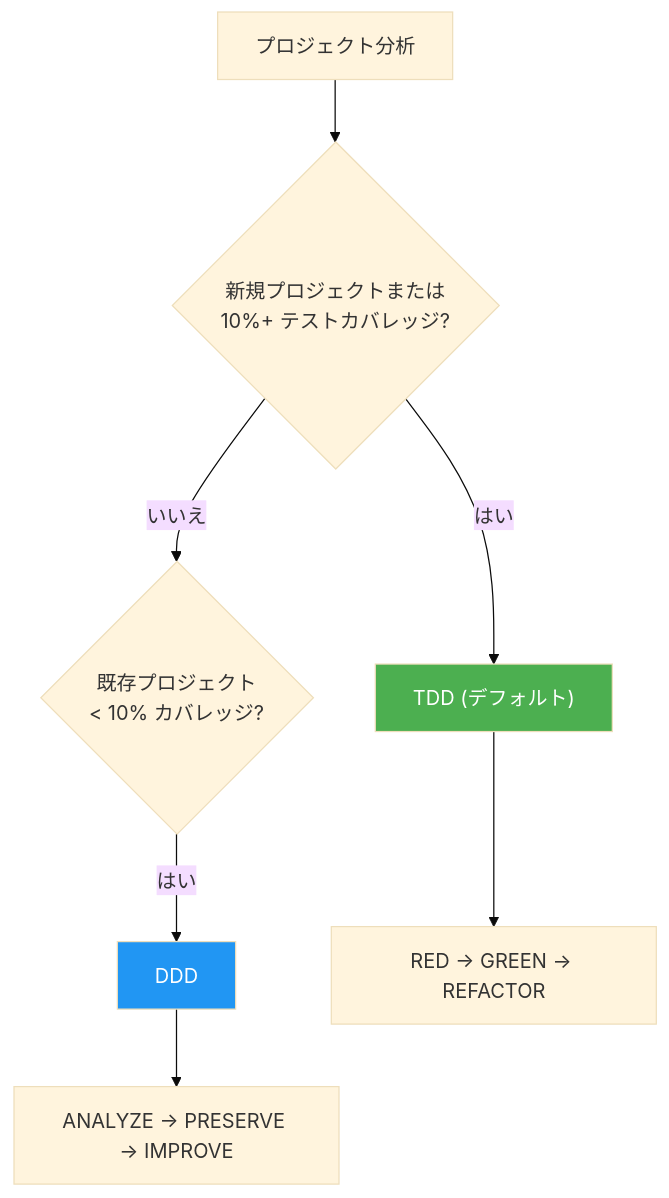
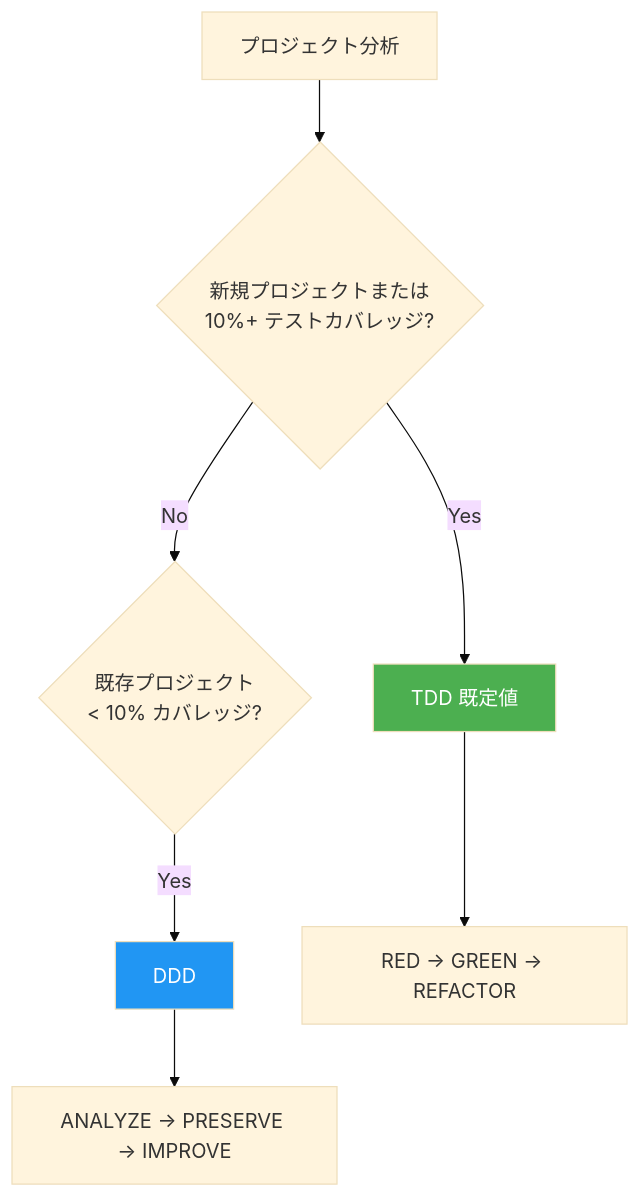
One commit to modu-ai/moai-adk changed the first of 2 diagrams in docs-site/content/ja/getting-started/introduction.md. Above: the diagram before and after it, drawn with Mermaid (base theme). The commit also changed other lines of this file and 395 other files, not shown here.

````diff
--- a/docs-site/content/ja/getting-started/introduction.md
+++ b/docs-site/content/ja/getting-started/introduction.md
@@ -83,12 +100,12 @@
 ```mermaid
 flowchart TD
     A["プロジェクト分析"] --> B{"新規プロジェクトまたは<br/>10%+ テストカバレッジ?"}
-    B -->|"はい"| C["TDD (デフォルト)"]
-    B -->|"いいえ"| D{"既存プロジェクト<br/>< 10% カバレッジ?"}
-    D -->|"はい"| E["DDD"]
+    B -->|"Yes"| C["TDD 既定値"]
+    B -->|"No"| D{"既存プロジェクト<br/>< 10% カバレッジ?"}
+    D -->|"Yes"| E["DDD"]
     C --> F["RED → GREEN → REFACTOR"]
     E --> G["ANALYZE → PRESERVE → IMPROVE"]
 
     style C fill:#4CAF50,color:#fff
     style E fill:#2196F3,color:#fff
 ```
````
